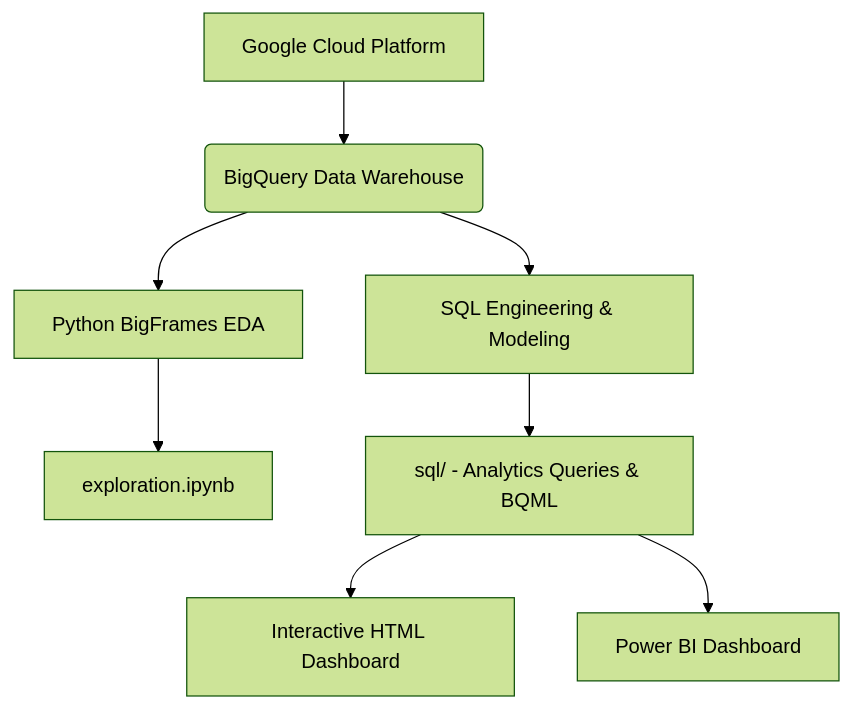
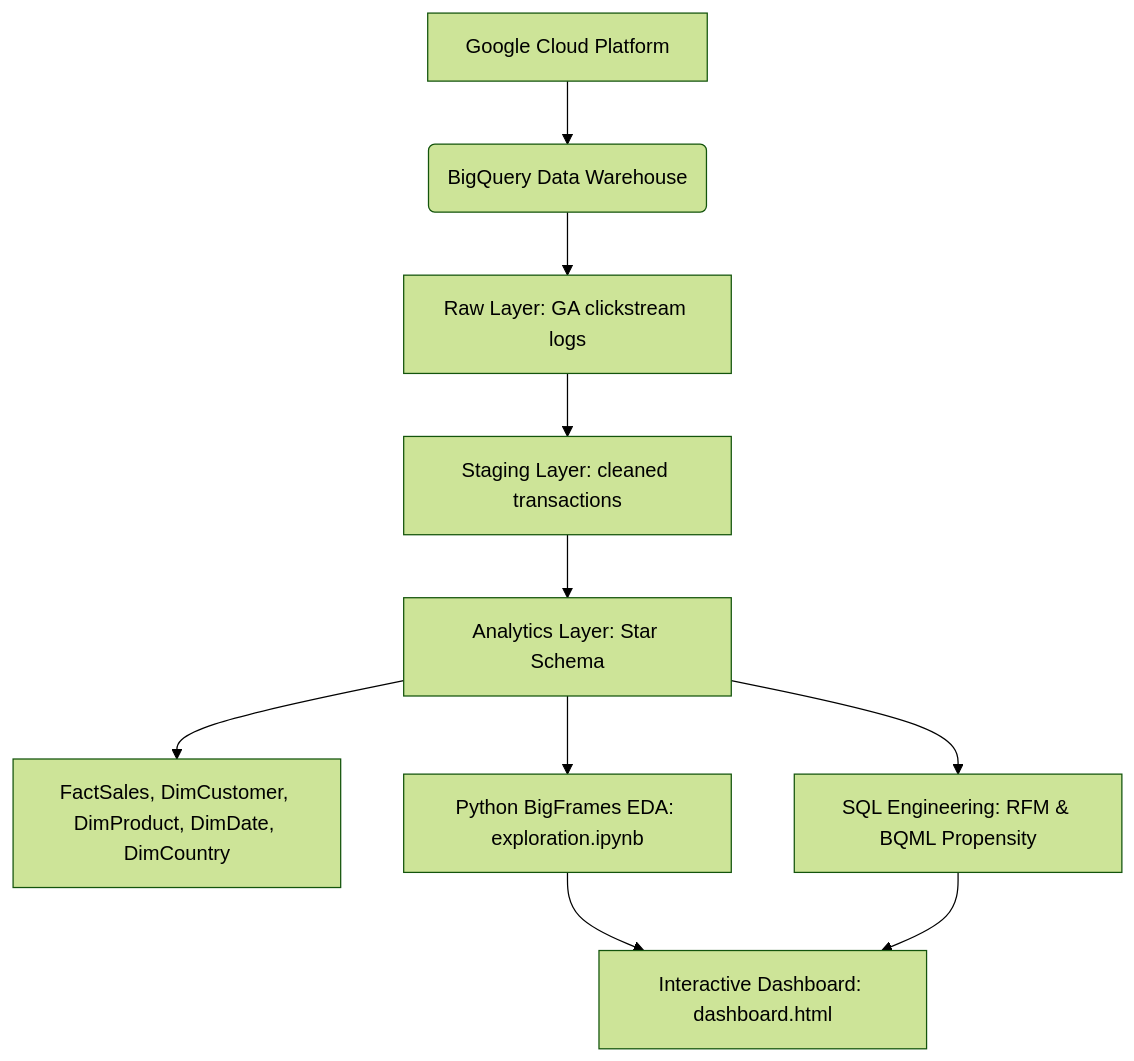
One commit to Mohitjoshi08/google-merchandise-store-analytics changed the diagram in README.md. Above: the diagram before and after it, drawn with Mermaid (forest theme). The commit also changed other lines of this file, not shown here.

````diff
--- a/README.md
+++ b/README.md
@@ -11,10 +35,12 @@
 ```mermaid
 graph TD
     A[Google Cloud Platform] --> B(BigQuery Data Warehouse)
-    B --> C[Python BigFrames EDA]
-    B --> D[SQL Engineering & Modeling]
-    C --> E[exploration.ipynb]
-    D --> F[sql/ - Analytics Queries & BQML]
-    F --> G[Interactive HTML Dashboard]
-    F --> H[Power BI Dashboard]
+    B --> C[Raw Layer: GA clickstream logs]
+    C --> D[Staging Layer: cleaned transactions]
+    D --> E[Analytics Layer: Star Schema]
+    E --> F[FactSales, DimCustomer, DimProduct, DimDate, DimCountry]
+    E --> G[Python BigFrames EDA: exploration.ipynb]
+    E --> H[SQL Engineering: RFM & BQML Propensity]
+    G --> I[Interactive Dashboard: dashboard.html]
+    H --> I
 ```
````
